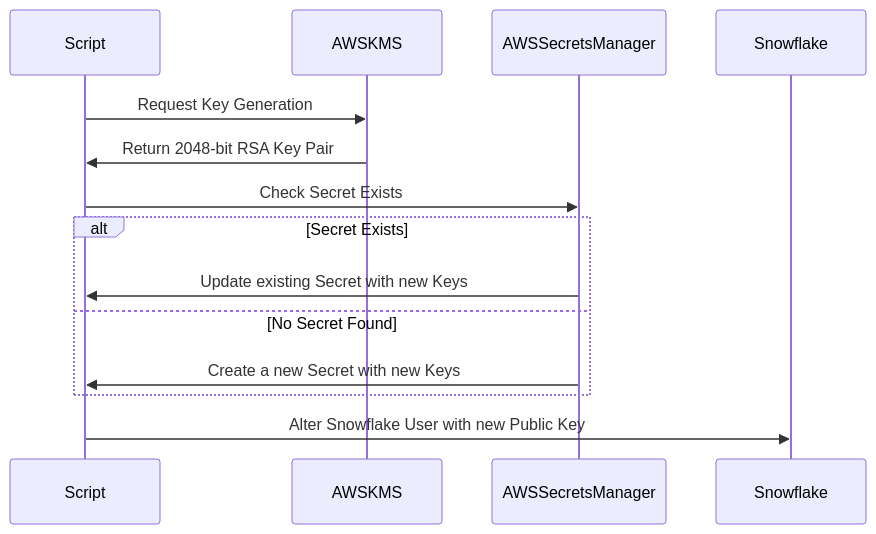
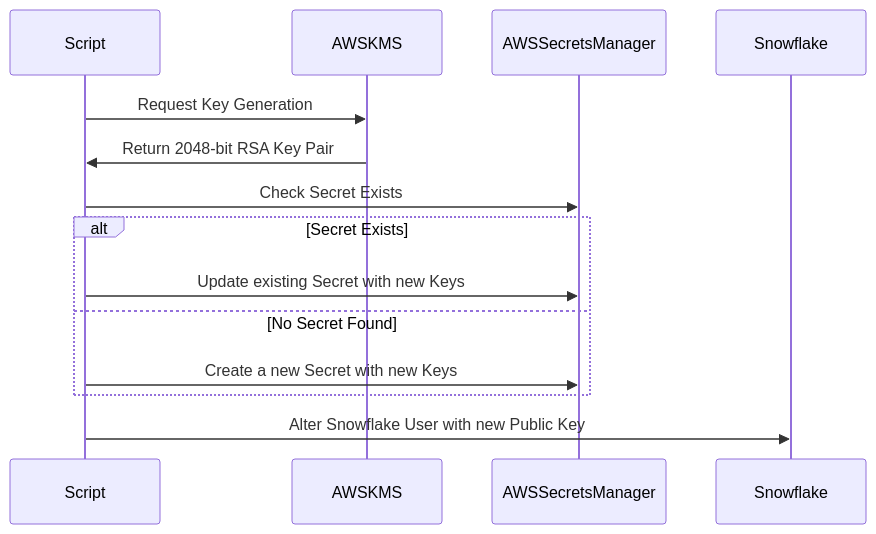
One commit to dimasgonzales/key_rotation_demo changed the diagram in README.md. Above: the diagram before and after it, drawn with Mermaid.

````diff
--- a/README.md
+++ b/README.md
@@ -7,17 +7,17 @@
 ```mermaid
 sequenceDiagram
     participant Script
     participant AWSKMS
     participant AWSSecretsManager
     participant Snowflake
 
    Script->>AWSKMS: Request Key Generation
    AWSKMS->>Script: Return 2048-bit RSA Key Pair
    Script->>AWSSecretsManager: Check Secret Exists
    alt Secret Exists
-      AWSSecretsManager->>Script: Update existing Secret with new Keys
+      Script->>AWSSecretsManager: Update existing Secret with new Keys
    else No Secret Found
-      AWSSecretsManager->>Script: Create a new Secret with new Keys
+      Script->>AWSSecretsManager: Create a new Secret with new Keys
    end
    Script->>Snowflake: Alter Snowflake User with new Public Key
 ```
````
